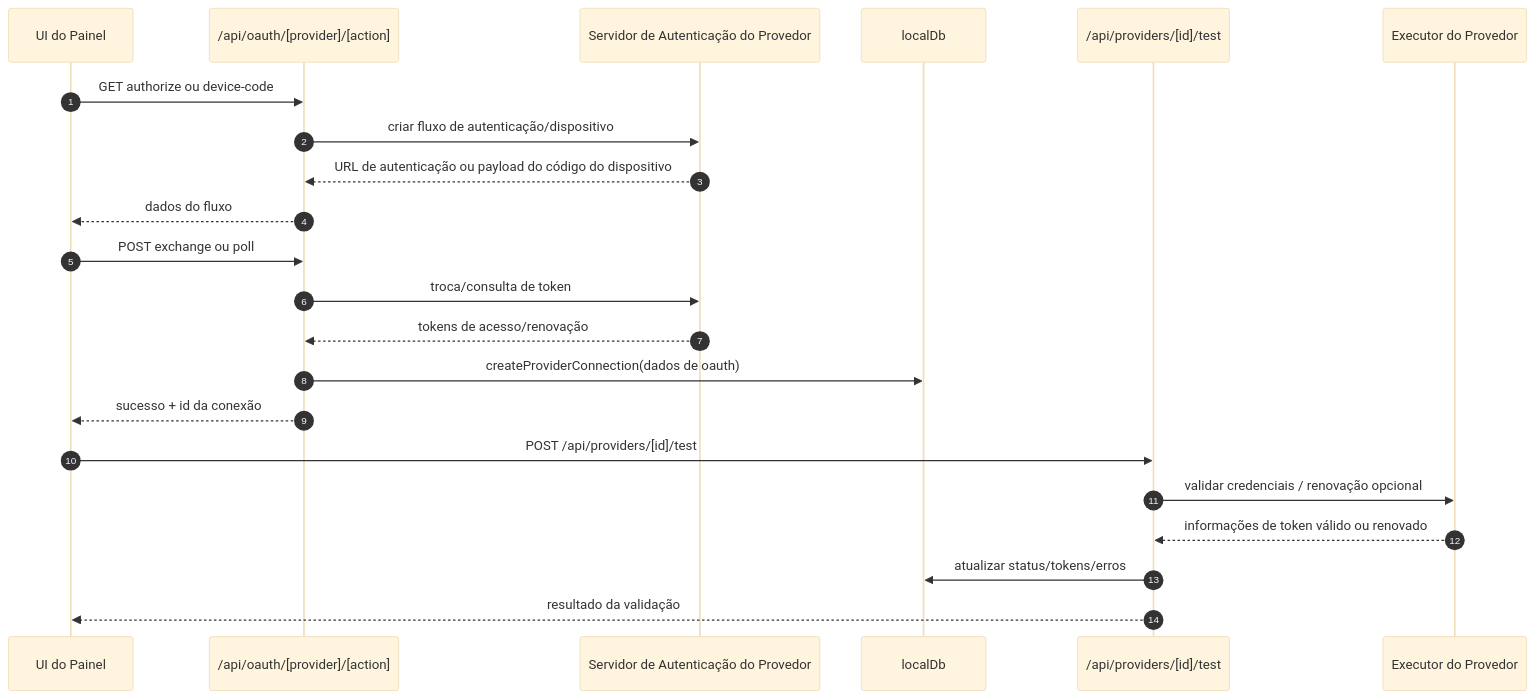
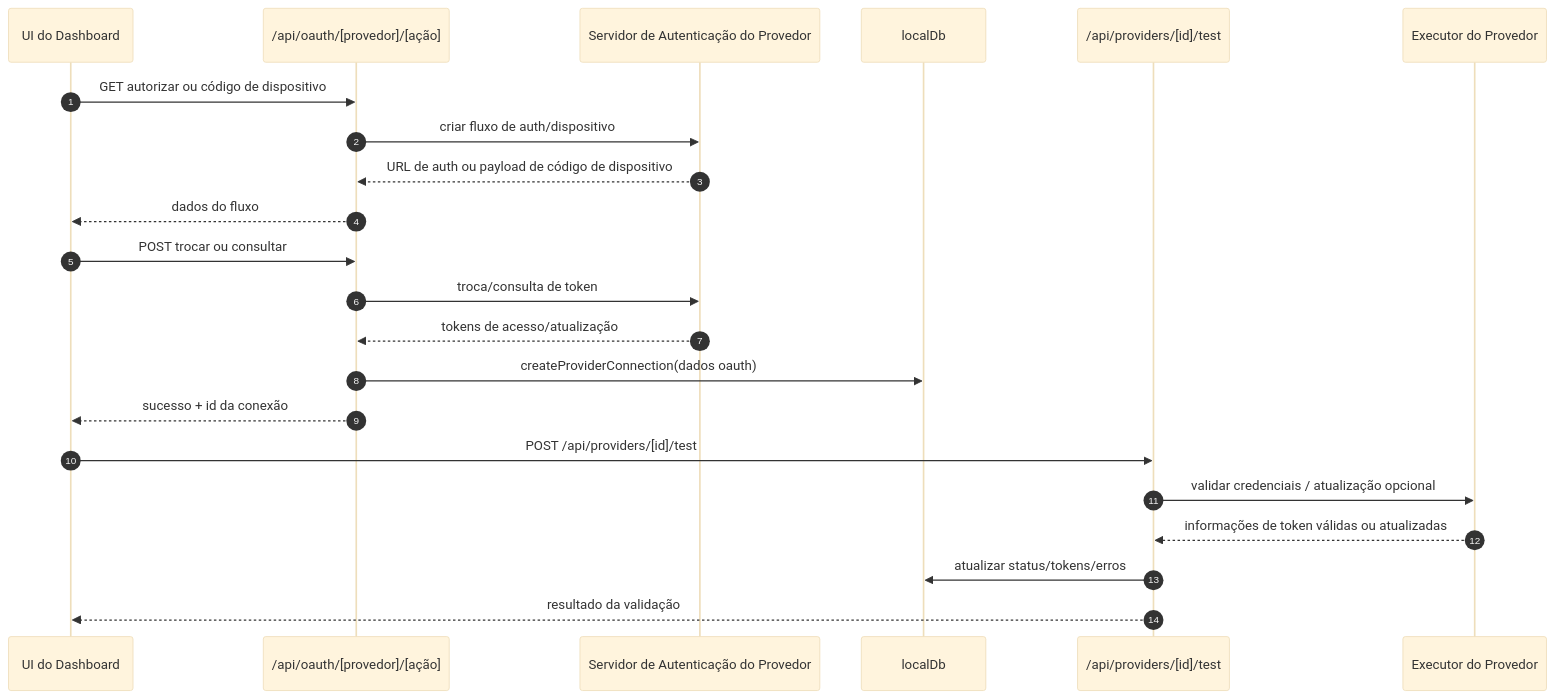
The fourth of 7 diagrams in docs/i18n/pt-BR/docs/architecture/ARCHITECTURE.md (niyatna/NiyatnaRoute), drawn with Mermaid (base theme) before and after one commit. The commit also changed other lines of this file and 2447 other files, not shown here.

````diff
--- a/docs/i18n/pt-BR/docs/architecture/ARCHITECTURE.md
+++ b/docs/i18n/pt-BR/docs/architecture/ARCHITECTURE.md
@@ -639,27 +614,27 @@
 ```mermaid
 sequenceDiagram
     autonumber
-    participant UI as UI do Painel
-    participant OAuth as /api/oauth/[provider]/[action]
+    participant UI as UI do Dashboard
+    participant OAuth as /api/oauth/[provedor]/[ação]
     participant ProvAuth as Servidor de Autenticação do Provedor
     participant DB as localDb
     participant Test as /api/providers/[id]/test
     participant Exec as Executor do Provedor
 
-    UI->>OAuth: GET authorize ou device-code
-    OAuth->>ProvAuth: criar fluxo de autenticação/dispositivo
-    ProvAuth-->>OAuth: URL de autenticação ou payload do código do dispositivo
+    UI->>OAuth: GET autorizar ou código de dispositivo
+    OAuth->>ProvAuth: criar fluxo de auth/dispositivo
+    ProvAuth-->>OAuth: URL de auth ou payload de código de dispositivo
     OAuth-->>UI: dados do fluxo
 
-    UI->>OAuth: POST exchange ou poll
+    UI->>OAuth: POST trocar ou consultar
     OAuth->>ProvAuth: troca/consulta de token
-    ProvAuth-->>OAuth: tokens de acesso/renovação
-    OAuth->>DB: createProviderConnection(dados de oauth)
+    ProvAuth-->>OAuth: tokens de acesso/atualização
+    OAuth->>DB: createProviderConnection(dados oauth)
     OAuth-->>UI: sucesso + id da conexão
 
     UI->>Test: POST /api/providers/[id]/test
-    Test->>Exec: validar credenciais / renovação opcional
-    Exec-->>Test: informações de token válido ou renovado
+    Test->>Exec: validar credenciais / atualização opcional
+    Exec-->>Test: informações de token válidas ou atualizadas
     Test->>DB: atualizar status/tokens/erros
     Test-->>UI: resultado da validação
 ```
````
